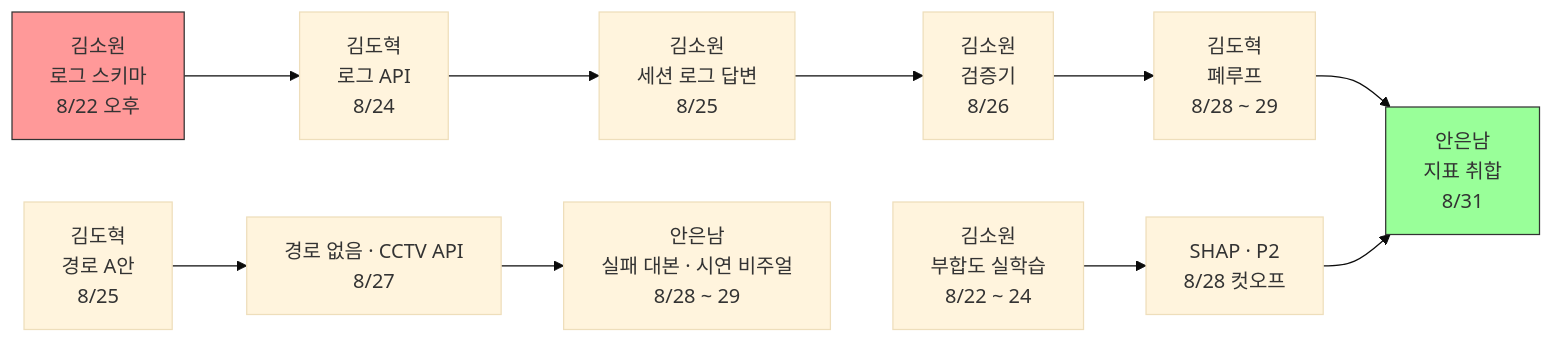
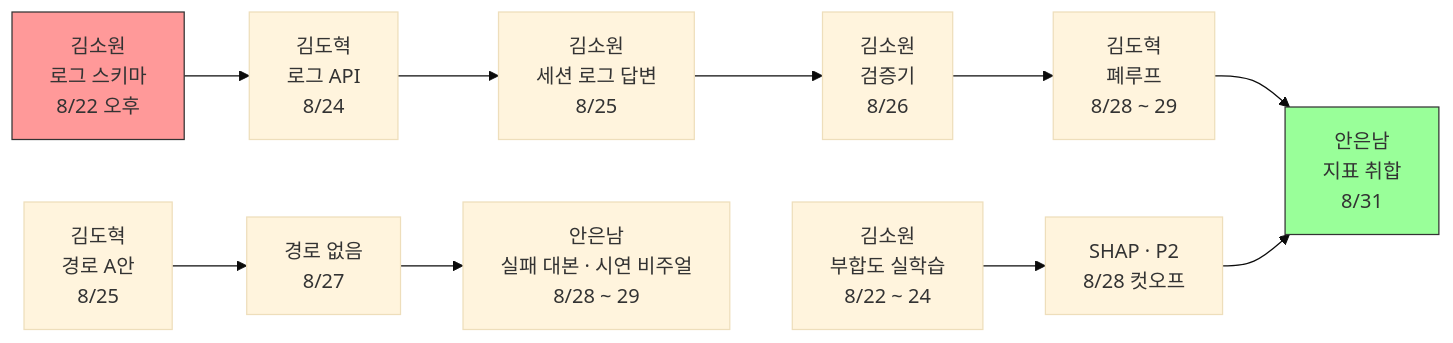
Before and after one commit to team-savers/savers-project: the diagram in docs/역할_일정/00-overall.md, drawn with Mermaid (base theme). The commit also changed other lines of this file and 8 other files, not shown here.

````diff
--- a/docs/역할_일정/00-overall.md
+++ b/docs/역할_일정/00-overall.md
@@ -169,17 +169,17 @@
 ```mermaid
 flowchart LR
     S["김소원<br/>로그 스키마<br/>8/22 오후"] --> A1["김도혁<br/>로그 API<br/>8/24"]
     A1 --> A2["김소원<br/>세션 로그 답변<br/>8/25"]
     A2 --> A3["김소원<br/>검증기<br/>8/26"]
     A3 --> A4["김도혁<br/>폐루프<br/>8/28 ~ 29"]
     A4 --> A5["안은남<br/>지표 취합<br/>8/31"]
 
     B1["김소원<br/>부합도 실학습<br/>8/22 ~ 24"] --> B2["SHAP · P2<br/>8/28 컷오프"]
     B2 --> A5
 
-    C1["김도혁<br/>경로 A안<br/>8/25"] --> C3["경로 없음 · CCTV API<br/>8/27"]
+    C1["김도혁<br/>경로 A안<br/>8/25"] --> C3["경로 없음<br/>8/27"]
     C3 --> C4["안은남<br/>실패 대본 · 시연 비주얼<br/>8/28 ~ 29"]
 
     style S fill:#f99,stroke:#333
     style A5 fill:#9f9,stroke:#333
 ```
````
